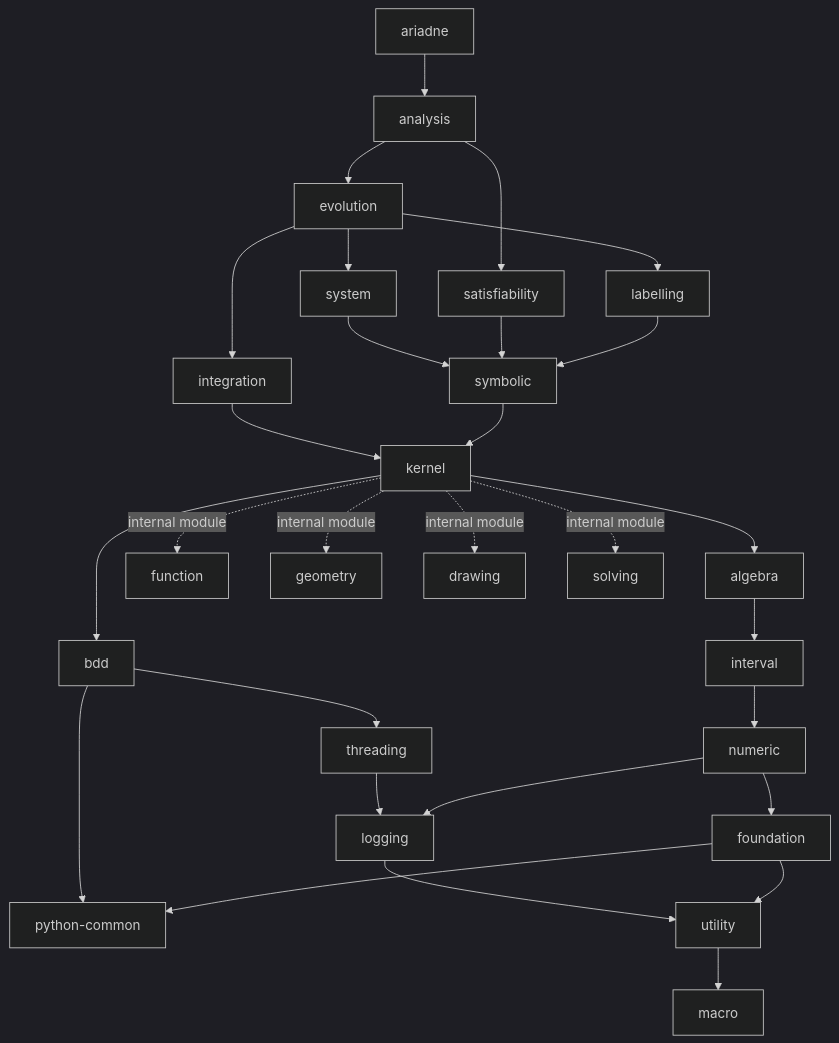
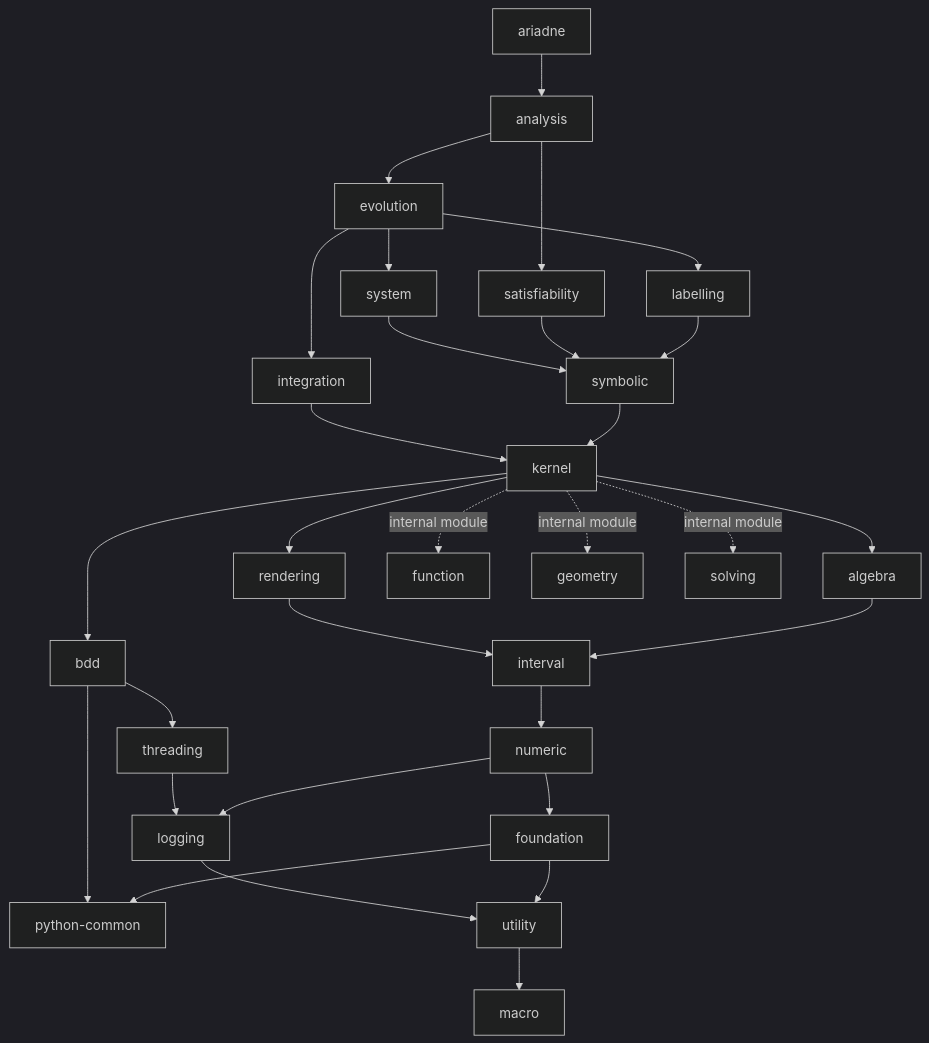
Before and after one commit to ariadne-cps/ariadne: the diagram in doc/decoupling/structure.md, drawn with Mermaid (dark theme). The commit also changed other lines of this file and 1 other file, not shown here.

````diff
--- a/doc/decoupling/structure.md
+++ b/doc/decoupling/structure.md
@@ -36,44 +37,45 @@
 ```mermaid
 graph TD
     ariadne --> analysis
 
     analysis --> evolution
     analysis --> satisfiability
 
     evolution --> integration
     evolution --> system
     evolution --> labelling
 
     integration --> kernel
 
     system --> symbolic
 
     satisfiability --> symbolic
 
     labelling --> symbolic
 
     symbolic --> kernel
 
     kernel --> bdd
     kernel --> algebra
+    kernel --> rendering
+    rendering --> interval
 
     kernel -. internal module .-> function
     kernel -. internal module .-> geometry
-    kernel -. internal module .-> drawing
     kernel -. internal module .-> solving
 
     bdd --> threading
     bdd --> python_common["python-common"]
 
     threading --> logging
     logging --> utility
     utility --> macro
 
     algebra --> interval
     interval --> numeric
     numeric --> foundation
     numeric --> logging
 
     foundation --> utility
     foundation --> python_common
 ```
````
